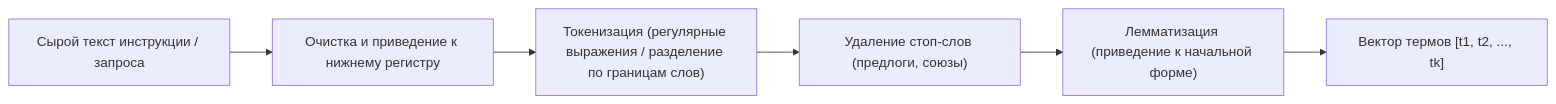
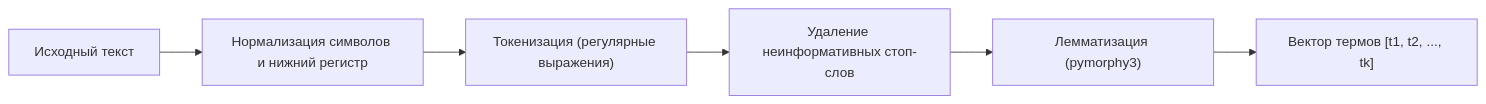
The diagram in project/spec/tech/rag.md (JavyBinary/smart-first-aid-kit), drawn with Mermaid before and after one commit. The commit also changed other lines of this file and 17 other files, not shown here.

````diff
--- a/project/spec/tech/rag.md
+++ b/project/spec/tech/rag.md
@@ -39,8 +34,8 @@
 ```mermaid
 flowchart LR
-    Raw["Сырой текст инструкции / запроса"] --> Norm["Очистка и приведение к нижнему регистру"]
-    Norm --> Tok["Токенизация (регулярные выражения / разделение по границам слов)"]
-    Tok --> Stop["Удаление стоп-слов (предлоги, союзы)"]
-    Stop --> Lemm["Лемматизация (приведение к начальной форме)"]
-    Lemm --> Terms["Вектор термов [t1, t2, ..., tk]"]
+    Raw["Исходный текст"] --> Clean["Нормализация символов и нижний регистр"]
+    Clean --> Tokenize["Токенизация (регулярные выражения)"]
+    Tokenize --> Stopwords["Удаление неинформативных стоп-слов"]
+    Stopwords --> Lemmatize["Лемматизация (pymorphy3)"]
+    Lemmatize --> Output["Вектор термов [t1, t2, ..., tk]"]
 ```
````
